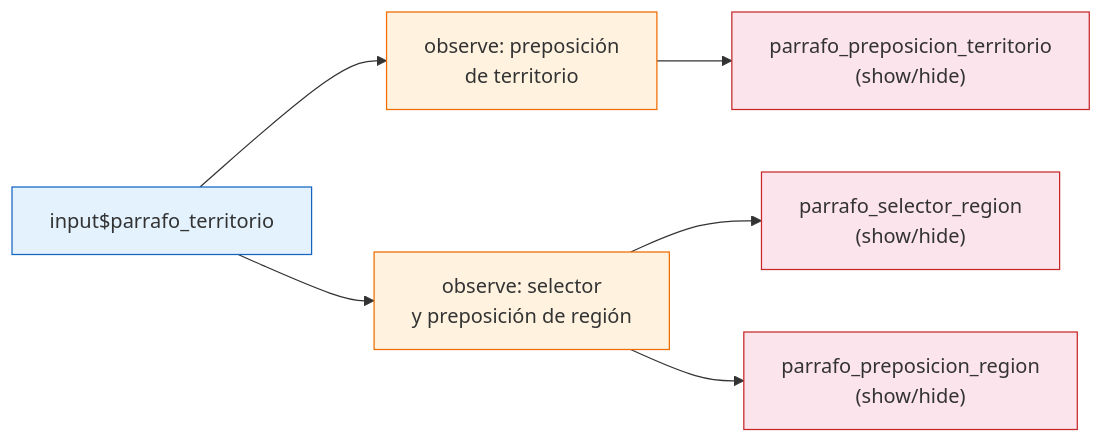
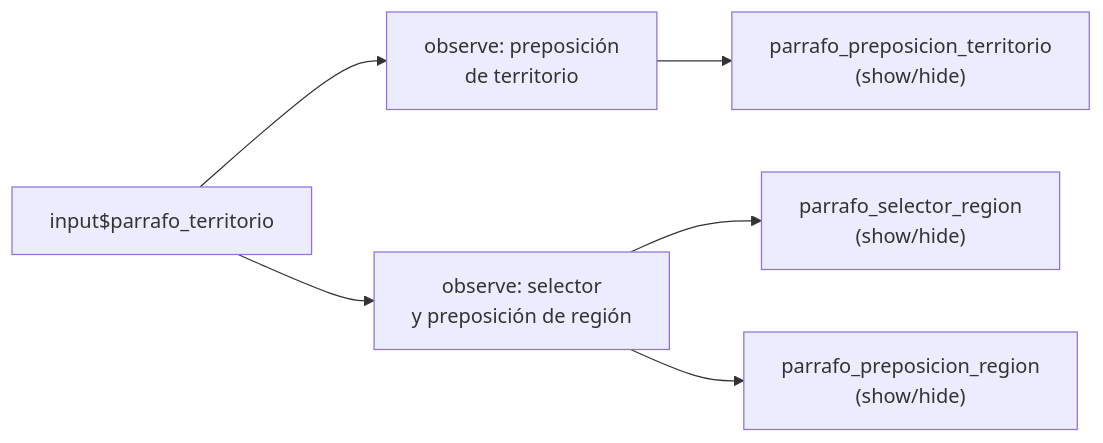
One commit to bastianolea/blog-R changed the second of 5 diagrams in content/blog/shiny_parrafo/index.qmd. Above: the diagram before and after it, drawn with Mermaid. The commit also changed other lines of this file and 3 other files, not shown here.

````diff
--- a/content/blog/shiny_parrafo/index.qmd
+++ b/content/blog/shiny_parrafo/index.qmd
@@ -731,18 +719,14 @@
 ```{mermaid}
 graph LR
-territorio["input$parrafo_territorio"]:::input
-obs1["observe: preposición<br>de territorio"]:::observer
-obs2["observe: selector<br>y preposición de región"]:::observer
-prep_territorio["parrafo_preposicion_territorio<br>(show/hide)"]:::output
-selector_region["parrafo_selector_region<br>(show/hide)"]:::output
-prep_region["parrafo_preposicion_region<br>(show/hide)"]:::output
+territorio["input$parrafo_territorio"]
+obs1["observe: preposición<br>de territorio"]
+obs2["observe: selector<br>y preposición de región"]
+prep_territorio["parrafo_preposicion_territorio<br>(show/hide)"]
+selector_region["parrafo_selector_region<br>(show/hide)"]
+prep_region["parrafo_preposicion_region<br>(show/hide)"]
 
 territorio --> obs1 --> prep_territorio
 territorio --> obs2
 obs2 --> selector_region
 obs2 --> prep_region
-
-classDef input fill:#e3f2fd,stroke:#1565c0
-classDef observer fill:#fff3e0,stroke:#ef6c00
-classDef output fill:#fce4ec,stroke:#c62828
 ```
````
